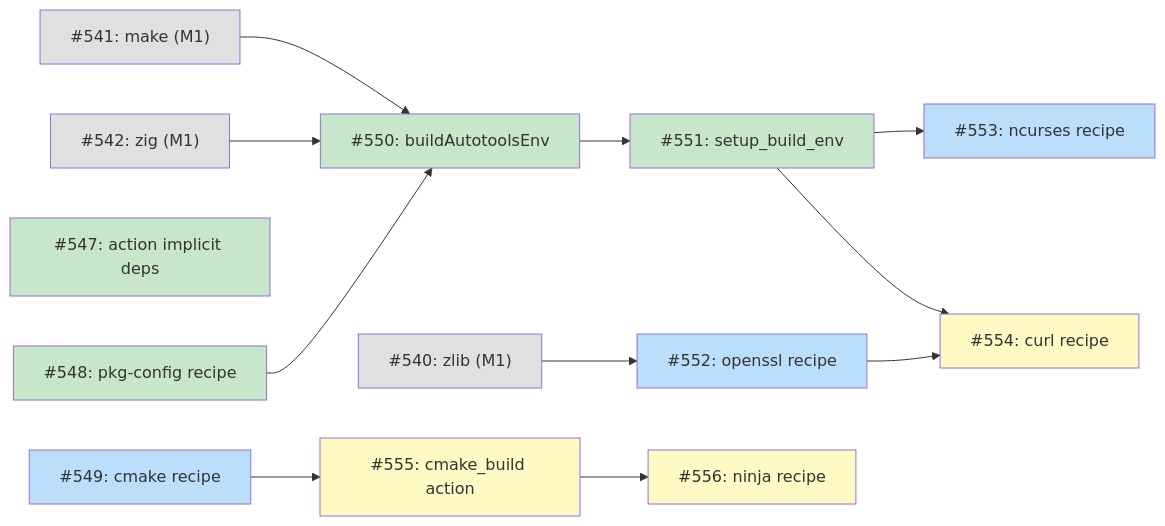
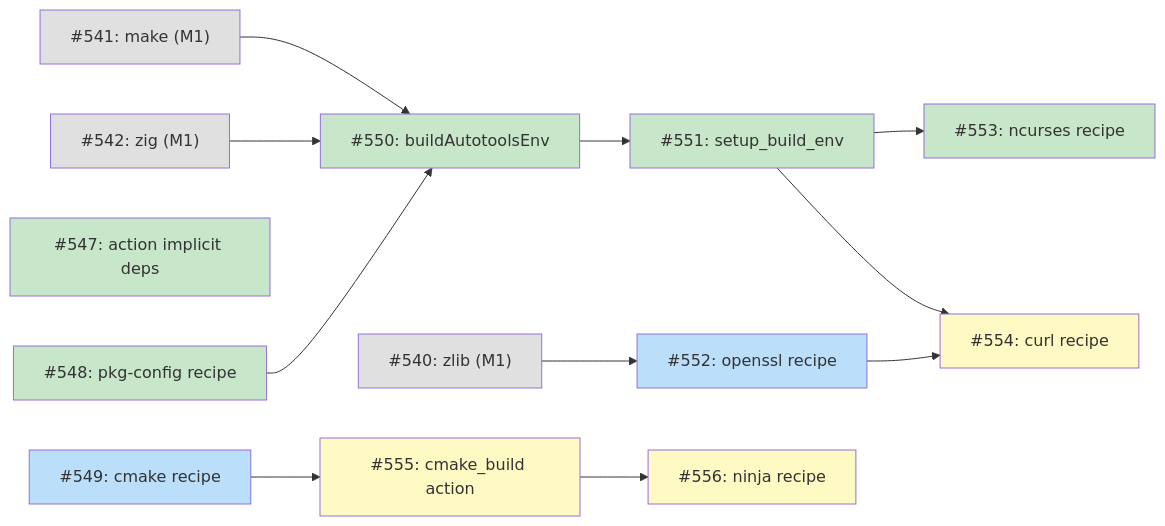
One commit to tsukumogami/tsuku changed the second of 4 diagrams in docs/DESIGN-dependency-provisioning.md. Above: the diagram before and after it, drawn with Mermaid. The commit also changed 2 other files, not shown here.

Commit message:
feat(recipes): add ncurses recipe to validate pkg-config integration (#647)
- Add ncurses recipe that builds from source using configure_make
- Use setup_build_env to configure build environment from dependencies
- Enable pkg-config support to validate dependency provisioning

````diff
--- a/docs/DESIGN-dependency-provisioning.md
+++ b/docs/DESIGN-dependency-provisioning.md
@@ -62,37 +62,37 @@
 ```mermaid
 graph LR
     I540["#540: zlib (M1)"]
     I541["#541: make (M1)"]
     I542["#542: zig (M1)"]
     I547["#547: action implicit deps"]
     I548["#548: pkg-config recipe"]
     I549["#549: cmake recipe"]
     I550["#550: buildAutotoolsEnv"]
     I551["#551: setup_build_env"]
     I552["#552: openssl recipe"]
     I553["#553: ncurses recipe"]
     I554["#554: curl recipe"]
     I555["#555: cmake_build action"]
     I556["#556: ninja recipe"]
 
     I541 --> I550
     I542 --> I550
     I548 --> I550
     I550 --> I551
     I540 --> I552
     I551 --> I553
     I551 --> I554
     I552 --> I554
     I549 --> I555
     I555 --> I556
 
     classDef done fill:#c8e6c9
     classDef ready fill:#bbdefb
     classDef blocked fill:#fff9c4
     classDef external fill:#e0e0e0
 
     class I540,I541,I542 external
-    class I547,I548,I550,I551 done
-    class I549,I552,I553 ready
+    class I547,I548,I550,I551,I553 done
+    class I549,I552 ready
     class I554,I555,I556 blocked
 ```
````
